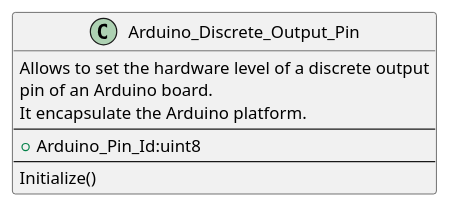
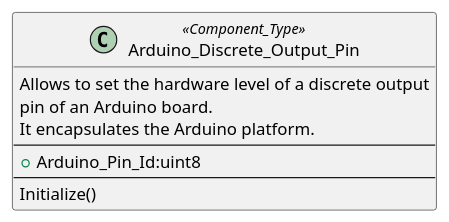
Before and after one commit to HomeMadeBots/Arduino_Pins: the diagram in doc/Arduino_Discrete_Output_Pin.iuml, drawn with PlantUML. The commit also changed 4 other files, not shown here.

Commit message:
Add Arduino_Analogic_Input_Pin_5 Component_Type.

```diff
--- a/doc/Arduino_Discrete_Output_Pin.iuml
+++ b/doc/Arduino_Discrete_Output_Pin.iuml
@@ -1,14 +1,14 @@
 @startuml
 
-class Arduino_Discrete_Output_Pin
+class Arduino_Discrete_Output_Pin <<Component_Type>>
 {
   Allows to set the hardware level of a discrete output
   pin of an Arduino board.
-  It encapsulate the Arduino platform.
+  It encapsulates the Arduino platform.
   --
   + Arduino_Pin_Id:uint8
   --
   Initialize()
 }
 
 @enduml
```
